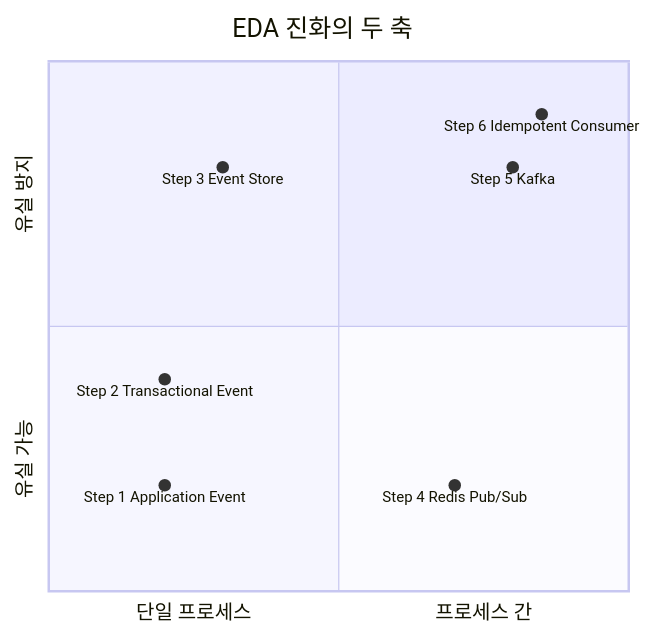
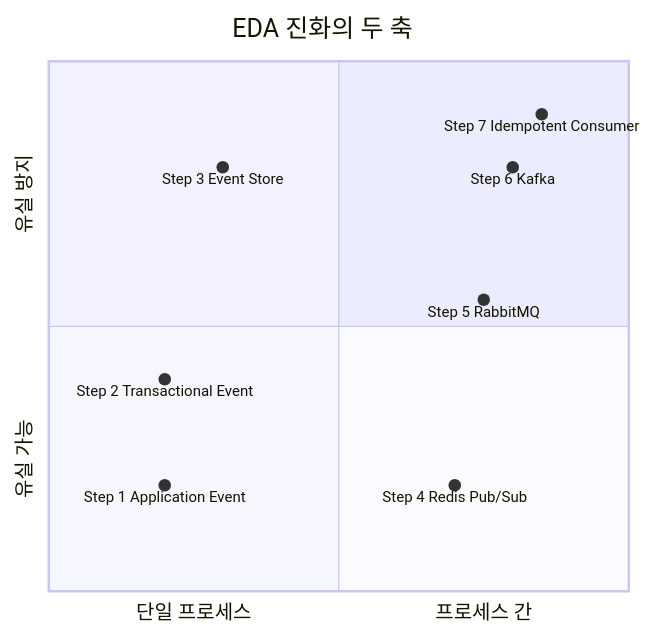
The second of 4 diagrams in EDA-OVERVIEW.md (katiekim17/messaging-lab), drawn with Mermaid before and after one commit. The commit also changed other lines of this file and 1 other file, not shown here.

First line of the commit message:
docs: EDA-OVERVIEW, GLOSSARY를 Step 0-7 구조로 업데이트

````diff
--- a/EDA-OVERVIEW.md
+++ b/EDA-OVERVIEW.md
@@ -91,12 +101,13 @@
 ```mermaid
 quadrantChart
     title EDA 진화의 두 축
     x-axis "단일 프로세스" --> "프로세스 간"
     y-axis "유실 가능" --> "유실 방지"
     Step 1 Application Event: [0.2, 0.2]
     Step 2 Transactional Event: [0.2, 0.4]
     Step 3 Event Store: [0.3, 0.8]
     Step 4 Redis Pub/Sub: [0.7, 0.2]
-    Step 5 Kafka: [0.8, 0.8]
-    Step 6 Idempotent Consumer: [0.85, 0.9]
+    Step 5 RabbitMQ: [0.75, 0.55]
+    Step 6 Kafka: [0.8, 0.8]
+    Step 7 Idempotent Consumer: [0.85, 0.9]
 ```
````
